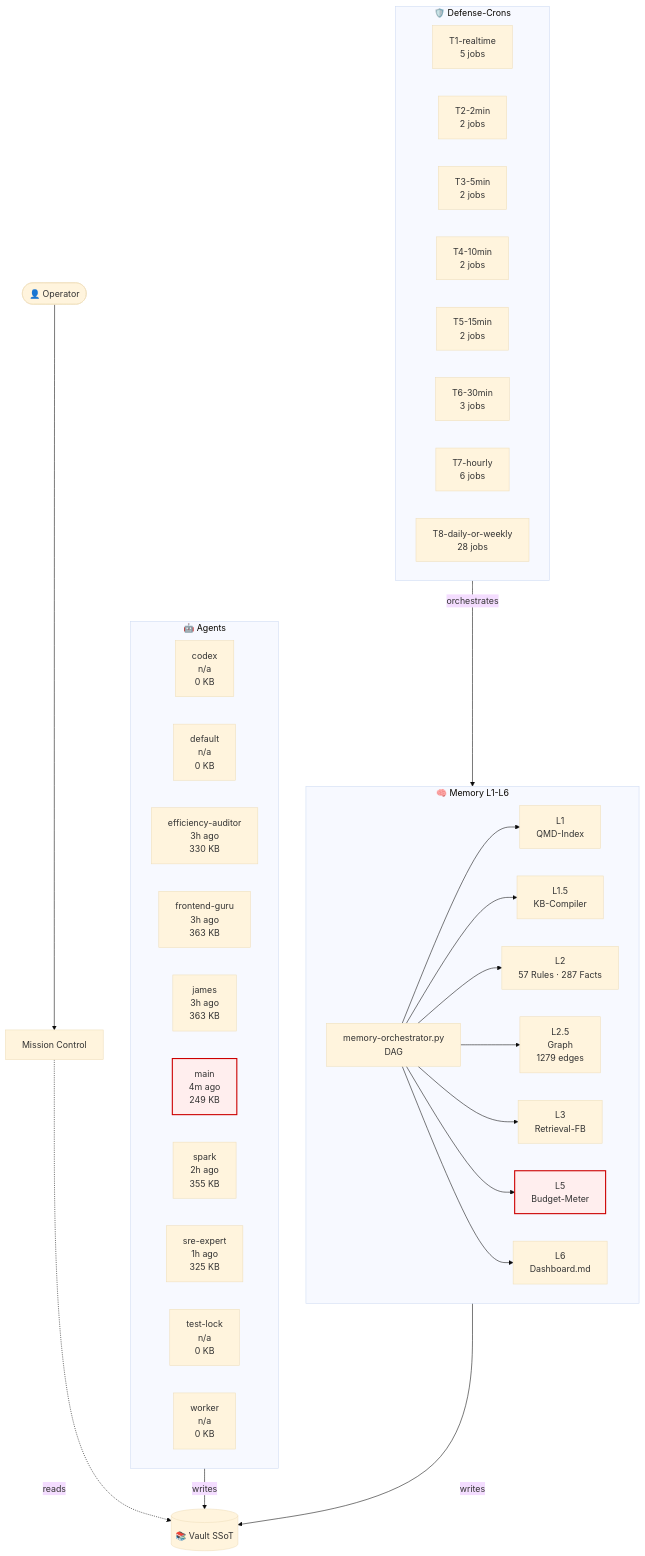
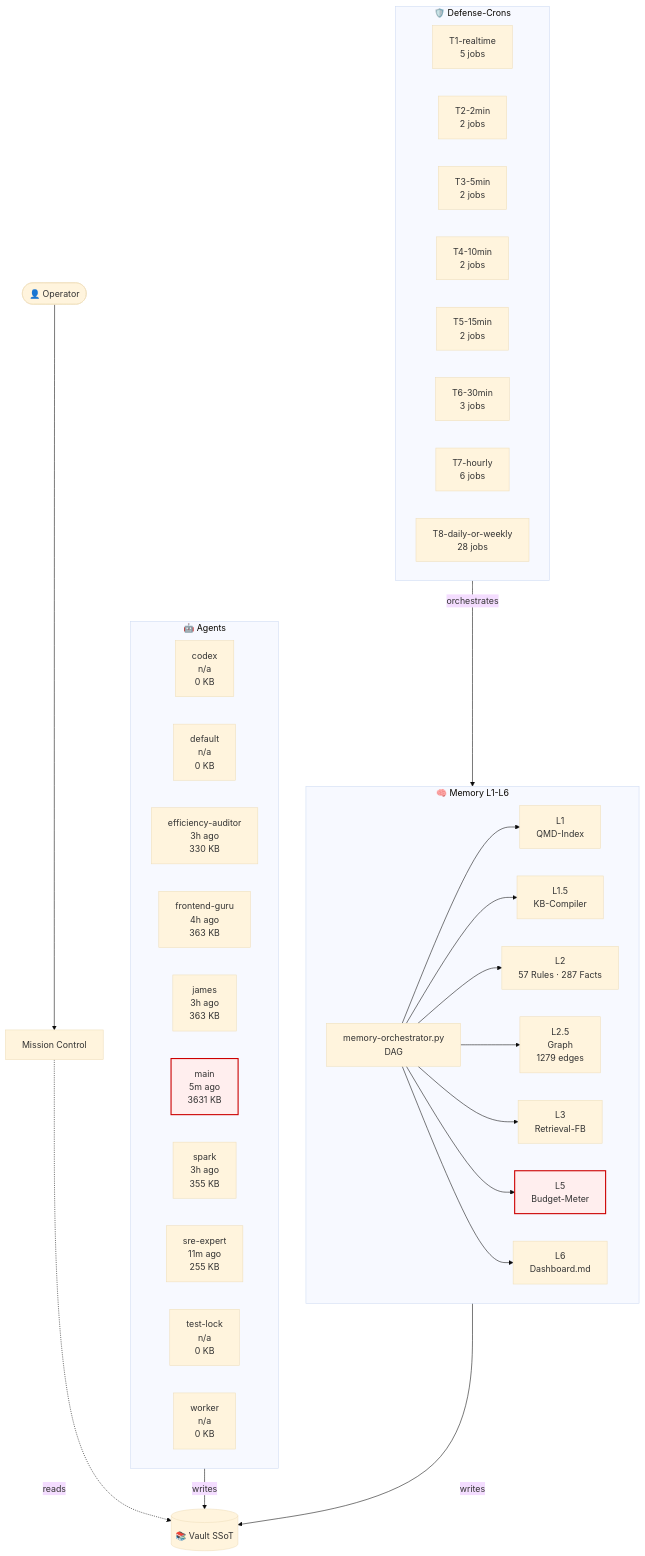
The diagram in 03-Agents/architecture-live.md (lenardhuebner88-rgb/openclaw-memory), drawn with Mermaid (base theme) before and after one commit. The commit also changed other lines of this file and 16 other files, not shown here.

````diff
--- a/03-Agents/architecture-live.md
+++ b/03-Agents/architecture-live.md
@@ -18,53 +18,53 @@
 ```mermaid
 flowchart TB
     classDef critical fill:#fee,stroke:#c00,stroke-width:2px;
     subgraph AGT["🤖 Agents"]
         agent_codex["codex<br/>n/a<br/>0 KB"]
         agent_default["default<br/>n/a<br/>0 KB"]
         agent_efficiency_auditor["efficiency-auditor<br/>3h ago<br/>330 KB"]
-        agent_frontend_guru["frontend-guru<br/>3h ago<br/>363 KB"]
+        agent_frontend_guru["frontend-guru<br/>4h ago<br/>363 KB"]
         agent_james["james<br/>3h ago<br/>363 KB"]
-        agent_main["main<br/>4m ago<br/>249 KB"]
-        agent_spark["spark<br/>2h ago<br/>355 KB"]
-        agent_sre_expert["sre-expert<br/>1h ago<br/>325 KB"]
+        agent_main["main<br/>5m ago<br/>3631 KB"]
+        agent_spark["spark<br/>3h ago<br/>355 KB"]
+        agent_sre_expert["sre-expert<br/>11m ago<br/>255 KB"]
         agent_test_lock["test-lock<br/>n/a<br/>0 KB"]
         agent_worker["worker<br/>n/a<br/>0 KB"]
     end
     subgraph MEM["🧠 Memory L1-L6"]
         L1["L1<br/>QMD-Index"]
         L15["L1.5<br/>KB-Compiler"]
         L2["L2<br/>57 Rules · 287 Facts"]
         L25["L2.5<br/>Graph<br/>1279 edges"]
         L3["L3<br/>Retrieval-FB"]
         L5["L5<br/>Budget-Meter"]
         L6["L6<br/>Dashboard.md"]
         ORCH["memory-orchestrator.py<br/>DAG"]
     end
     subgraph CRN["🛡️ Defense-Crons"]
         tier_T1_realtime["T1-realtime<br/>5 jobs"]
         tier_T2_2min["T2-2min<br/>2 jobs"]
         tier_T3_5min["T3-5min<br/>2 jobs"]
         tier_T4_10min["T4-10min<br/>2 jobs"]
         tier_T5_15min["T5-15min<br/>2 jobs"]
         tier_T6_30min["T6-30min<br/>3 jobs"]
         tier_T7_hourly["T7-hourly<br/>6 jobs"]
         tier_T8_daily_or_weekly["T8-daily-or-weekly<br/>28 jobs"]
     end
     VAULT[("📚 Vault SSoT")]
     OP([👤 Operator])
     MC["Mission Control"]
     OP --> MC
     MC -.reads.-> VAULT
     AGT -->|writes| VAULT
     MEM -->|writes| VAULT
     ORCH --> L1
     ORCH --> L15
     ORCH --> L2
     ORCH --> L25
     ORCH --> L3
     ORCH --> L5
     ORCH --> L6
     CRN -->|orchestrates| MEM
     class L5 critical
     class agent_main critical
 ```
````
